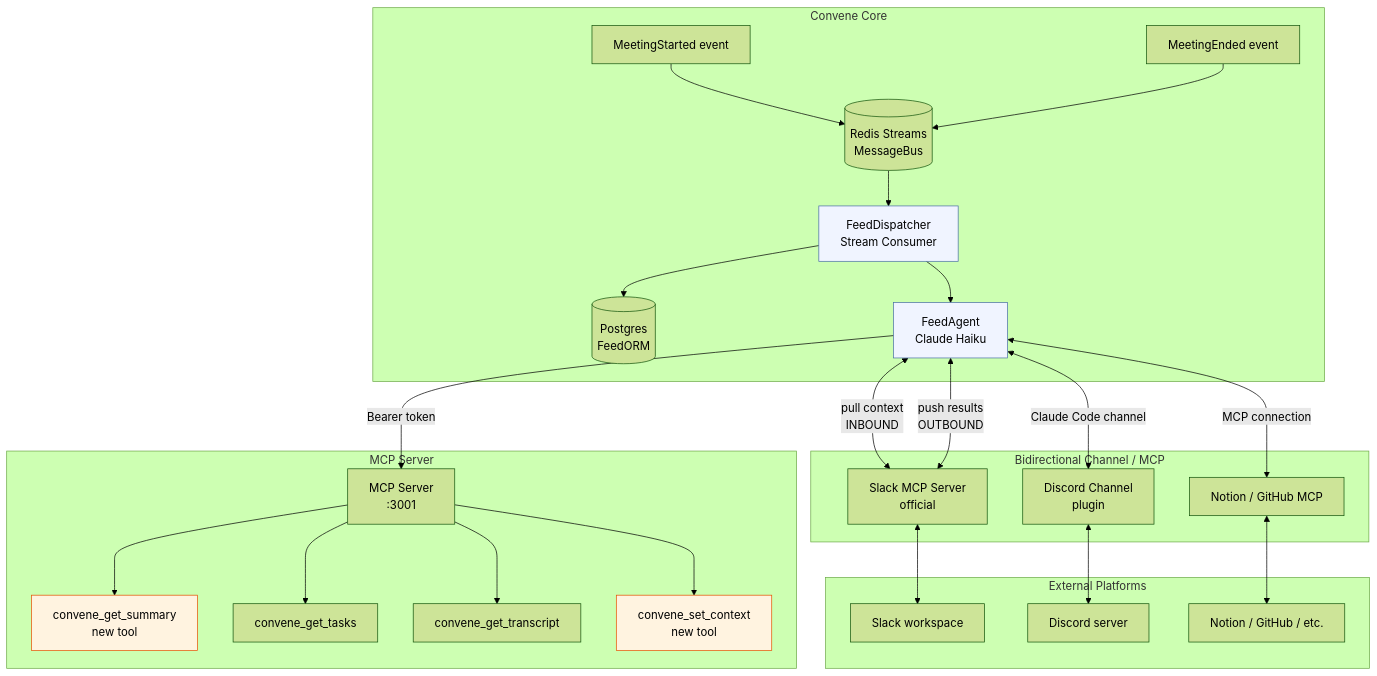
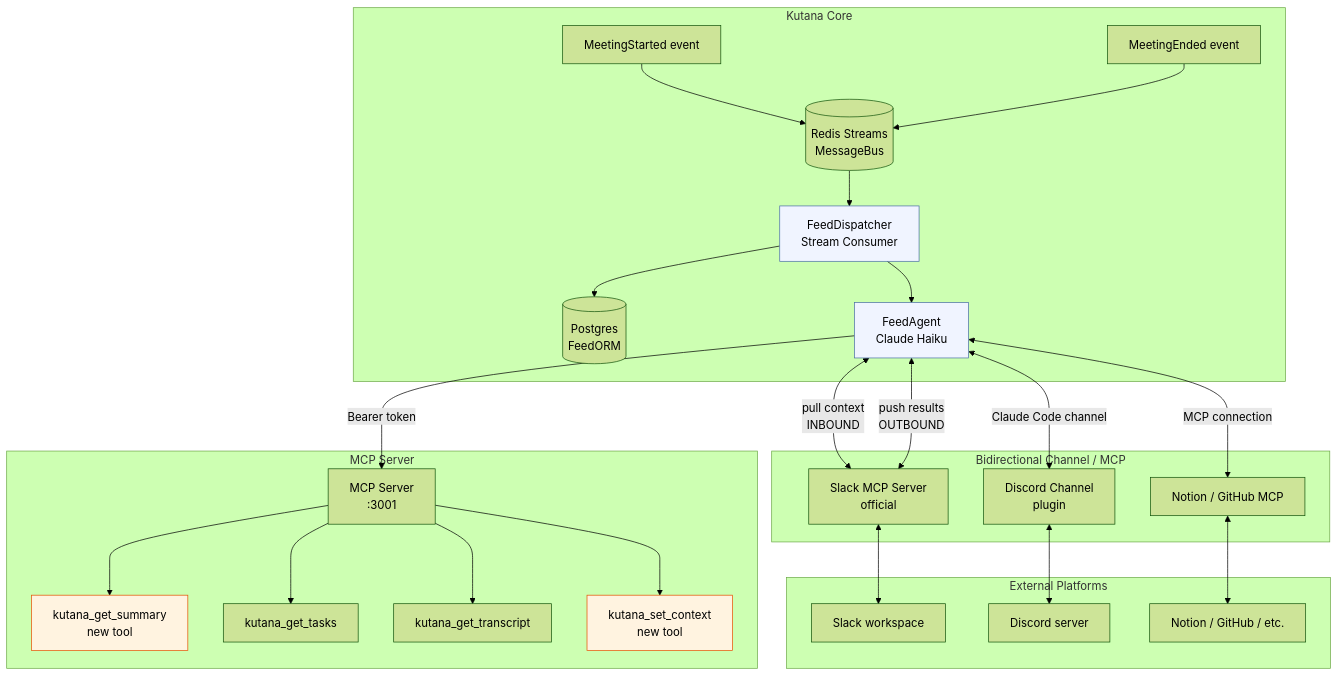
The diagram in internal-docs/architecture/decisions/convene-feeds-design.md (dyerinnovation/kutana-ai), drawn with Mermaid (forest theme) before and after one commit. The commit also changed other lines of this file and 536 other files, not shown here.

First line of the commit message:
feat: rebrand Convene AI → Kutana AI across codebase

````diff
--- a/internal-docs/architecture/decisions/convene-feeds-design.md
+++ b/internal-docs/architecture/decisions/convene-feeds-design.md
@@ -17,39 +17,39 @@
 ```mermaid
 flowchart TD
     subgraph External Platforms
         Slack[Slack workspace]
         Discord[Discord server]
         Notion[Notion / GitHub / etc.]
     end
 
-    subgraph Convene Core
+    subgraph Kutana Core
         MS[MeetingStarted event] --> MB[(Redis Streams\nMessageBus)]
         ME[MeetingEnded event] --> MB
         MB --> FD[FeedDispatcher\nStream Consumer]
         FD --> DB[(Postgres\nFeedORM)]
         FD --> AG[FeedAgent\nClaude Haiku]
     end
 
     subgraph MCP Server
         AG -->|Bearer token| MCP[MCP Server\n:3001]
-        MCP --> GS[convene_get_summary\nnew tool]
-        MCP --> GT[convene_get_tasks]
-        MCP --> GTr[convene_get_transcript]
-        MCP --> SC[convene_set_context\nnew tool]
+        MCP --> GS[kutana_get_summary\nnew tool]
+        MCP --> GT[kutana_get_tasks]
+        MCP --> GTr[kutana_get_transcript]
+        MCP --> SC[kutana_set_context\nnew tool]
     end
 
     subgraph Bidirectional Channel / MCP
         AG <-->|pull context\n INBOUND| SlackMCP[Slack MCP Server\nofficial]
         AG <-->|push results\n OUTBOUND| SlackMCP
         AG <-->|Claude Code channel| DiscordCh[Discord Channel\nplugin]
         SlackMCP <--> Slack
         DiscordCh <--> Discord
         AG <-->|MCP connection| NotionMCP[Notion / GitHub MCP]
         NotionMCP <--> Notion
     end
 
     style FD fill:#f0f4ff,stroke:#4a6fa5
     style AG fill:#f0f4ff,stroke:#4a6fa5
     style GS fill:#fff3e0,stroke:#e65100
     style SC fill:#fff3e0,stroke:#e65100
 ```
````
